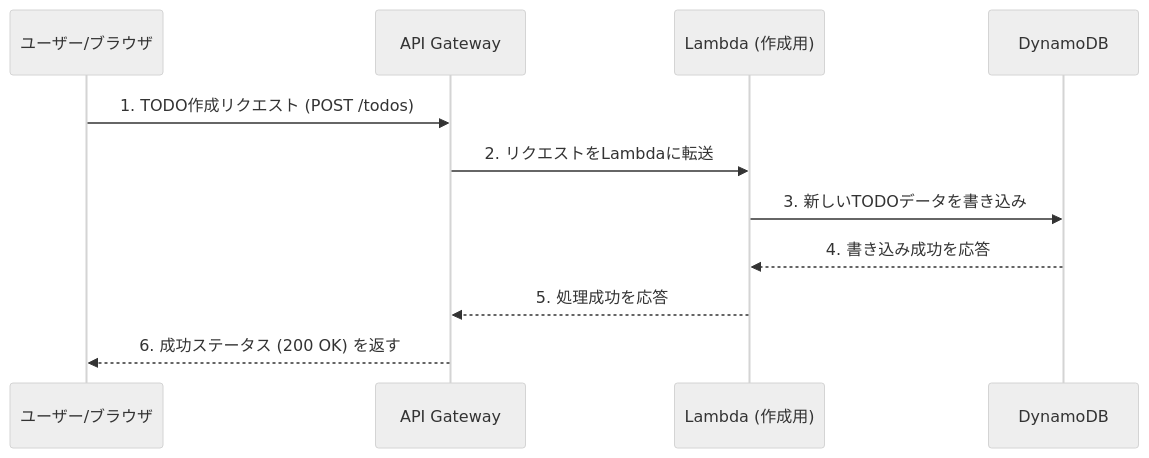
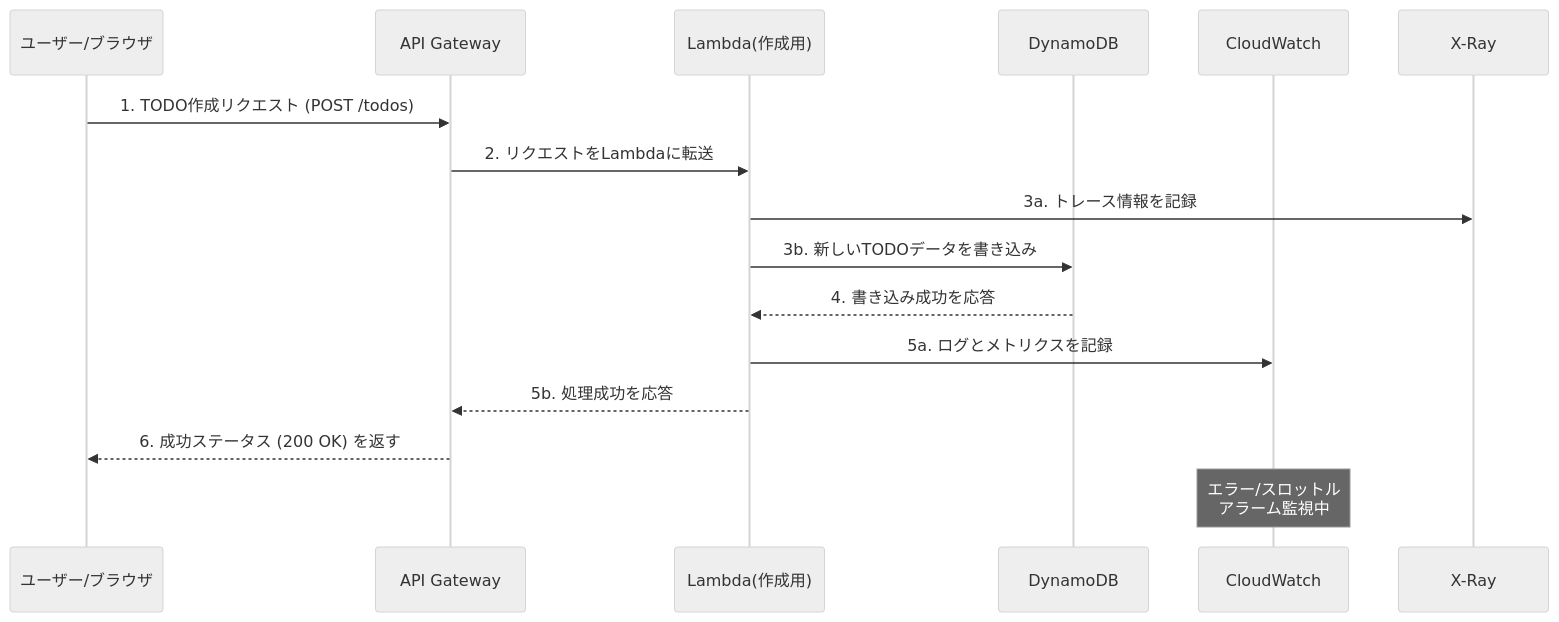
One commit to andsaki/cdk-study changed the second of 2 diagrams in README.md. Above: the diagram before and after it, drawn with Mermaid (neutral theme). The commit also changed other lines of this file and 1 other file, not shown here.

Commit message:
feat: Enhance backend infrastructure with monitoring and security
- Add CloudWatch Logs retention (1 week) for all Lambda functions
- Enable AWS X-Ray tracing for performance analysis
- Configure CORS on API Gateway for cross-origin requests
- Expand CloudWatch alarms to all Lambda functions (errors + throttles)
- Migrate from OAI to OAC for improved CloudFront security
- Update README with enhanced architecture documentation

🤖 Generated with [Claude Code](https://claude.com/claude-code)

````diff
--- a/README.md
+++ b/README.md
@@ -45,14 +46,20 @@
 ```mermaid
 sequenceDiagram
-    participant ユーザー/ブラウザ
-    participant API Gateway
-    participant Lambda (作成用)
-    participant DynamoDB
+    participant User as ユーザー/ブラウザ
+    participant APIGW as API Gateway
+    participant Lambda as Lambda(作成用)
+    participant DDB as DynamoDB
+    participant CW as CloudWatch
+    participant XRay as X-Ray
 
-    ユーザー/ブラウザ->>API Gateway: 1. TODO作成リクエスト (POST /todos)
-    API Gateway->>Lambda (作成用): 2. リクエストをLambdaに転送
-    Lambda (作成用)->>DynamoDB: 3. 新しいTODOデータを書き込み
-    DynamoDB-->>Lambda (作成用): 4. 書き込み成功を応答
-    Lambda (作成用)-->>API Gateway: 5. 処理成功を応答
-    API Gateway-->>ユーザー/ブラウザ: 6. 成功ステータス (200 OK) を返す
+    User->>APIGW: 1. TODO作成リクエスト (POST /todos)
+    APIGW->>Lambda: 2. リクエストをLambdaに転送
+    Lambda->>XRay: 3a. トレース情報を記録
+    Lambda->>DDB: 3b. 新しいTODOデータを書き込み
+    DDB-->>Lambda: 4. 書き込み成功を応答
+    Lambda->>CW: 5a. ログとメトリクスを記録
+    Lambda-->>APIGW: 5b. 処理成功を応答
+    APIGW-->>User: 6. 成功ステータス (200 OK) を返す
+
+    Note over CW: エラー/スロットル<br/>アラーム監視中
 ```
````
